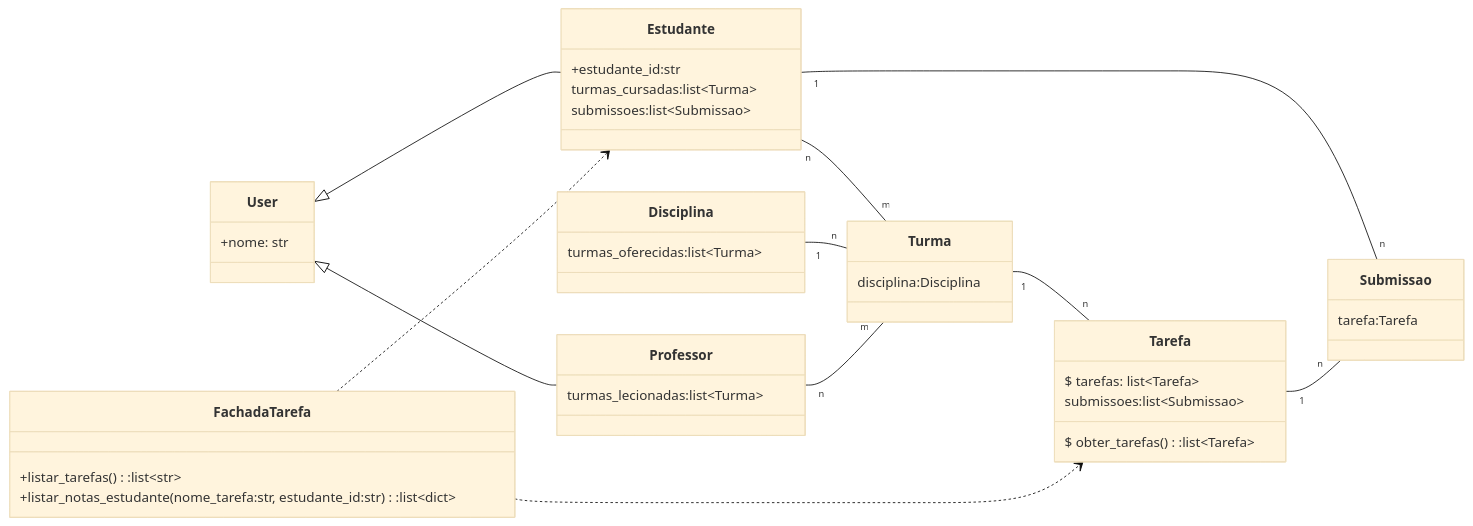
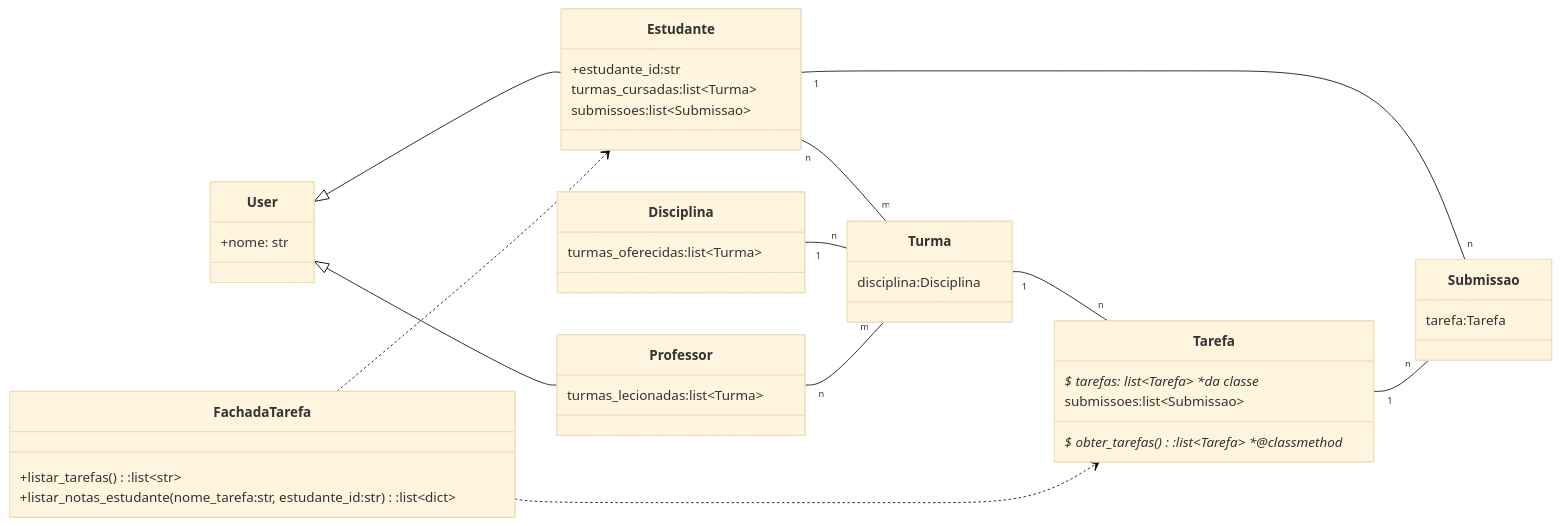
Before and after one commit to insper-classroom/Ag22_SimP1: the diagram in classes.md, drawn with Mermaid (base theme).

````diff
--- a/classes.md
+++ b/classes.md
@@ -8,43 +8,43 @@
 ```mermaid
 classDiagram
 direction LR
 class User {
 +nome: str
 }
 class Professor {
 turmas_lecionadas:list~Turma~ 
 }
 class Estudante {
 +estudante_id:str
 turmas_cursadas:list~Turma~ 
 submissoes:list~Submissao~ 
 }
 class Disciplina {
 turmas_oferecidas:list~Turma~
 }
 class Turma {
 disciplina:Disciplina
 }
 class Tarefa {
-$ tarefas: list~Tarefa~
+$ tarefas: list~Tarefa~ *da classe*
 submissoes:list~Submissao~
-$ obter_tarefas():list~Tarefa~
+$ obter_tarefas():list~Tarefa~ *@classmethod*
 }
 class Submissao {
 tarefa:Tarefa
 }
 class FachadaTarefa{
 +listar_tarefas():list~str~
 +listar_notas_estudante(nome_tarefa:str, estudante_id:str):list~dict~
 }
 Estudante "n" -- "m" Turma 
 Estudante "1" -- "n" Submissao 
 Tarefa "1" -- "n" Submissao
 Turma "1" -- "n" Tarefa
 Disciplina "1" -- "n" Turma 
 Professor "n" -- "m" Turma
 User <|-- Estudante
 User <|-- Professor
 FachadaTarefa ..> Tarefa 
 FachadaTarefa ..> Estudante
 ```
````
